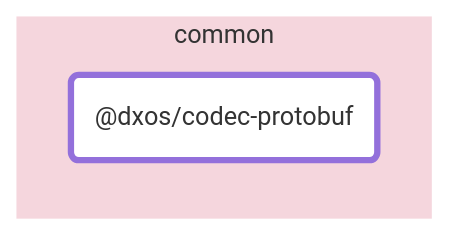
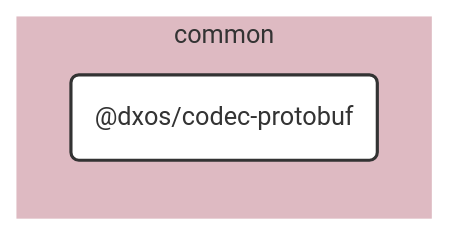
Before and after one commit to dxos/dxos: the diagram in packages/common/codec-protobuf/docs/README.md, drawn with Mermaid. The commit also changed 100 other files, not shown here.

````diff
--- a/packages/common/codec-protobuf/docs/README.md
+++ b/packages/common/codec-protobuf/docs/README.md
@@ -7,12 +7,25 @@
 ```mermaid
-flowchart LR;
+%%{ init: {'flowchart':{'curve':'basis'}} }%%
 
-style dxos/codec-protobuf fill:#fff,stroke-width:4px;
+flowchart LR
+
+%% Links
+
+%% Sections
+subgraph common
+  style common fill:#debac2,stroke:#fff;
+
+  dxos/codec-protobuf("@dxos/codec-protobuf")
+end
 
 
-subgraph common
-  style common fill:#f5d6dd,stroke:#fff;
-  dxos/codec-protobuf("@dxos/codec-protobuf");
-end
+%% Hyperlinks
+
+%% Styles
+classDef rootNode fill:#fff,stroke:#333,stroke-width:2px
+classDef defaultNode fill:#fff,stroke:#333,stroke-width:1px
+linkStyle default stroke:#333,stroke-width:1px
+
+dxos/codec-protobuf:::rootNode
 
 ```
````
